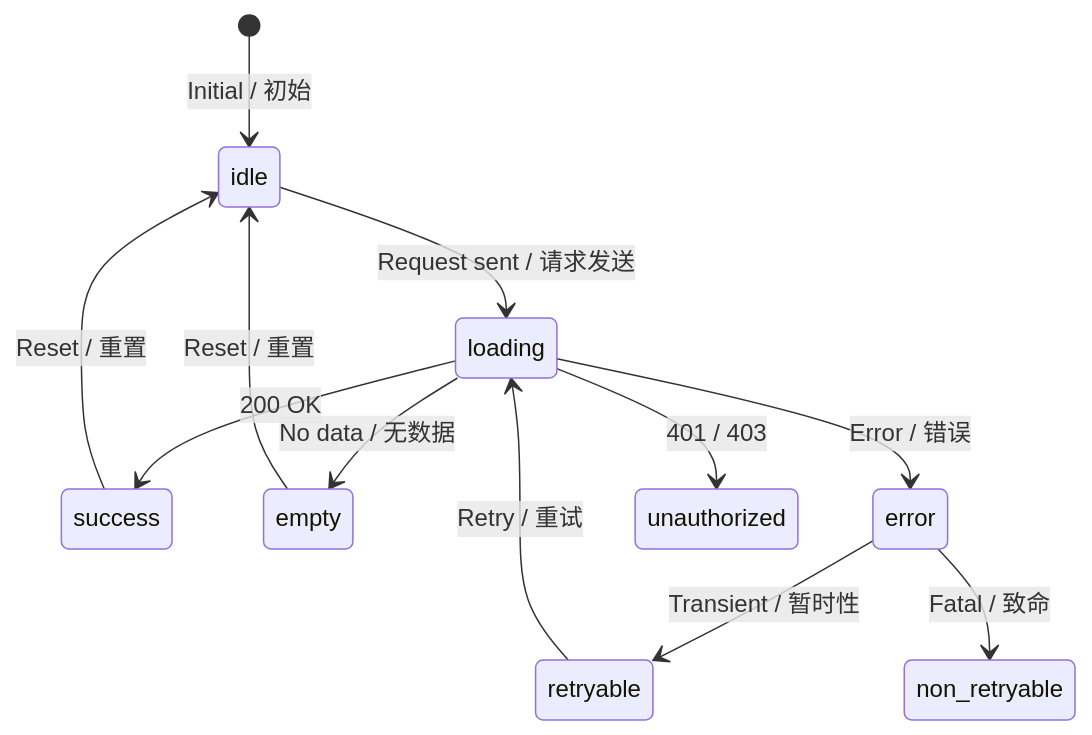
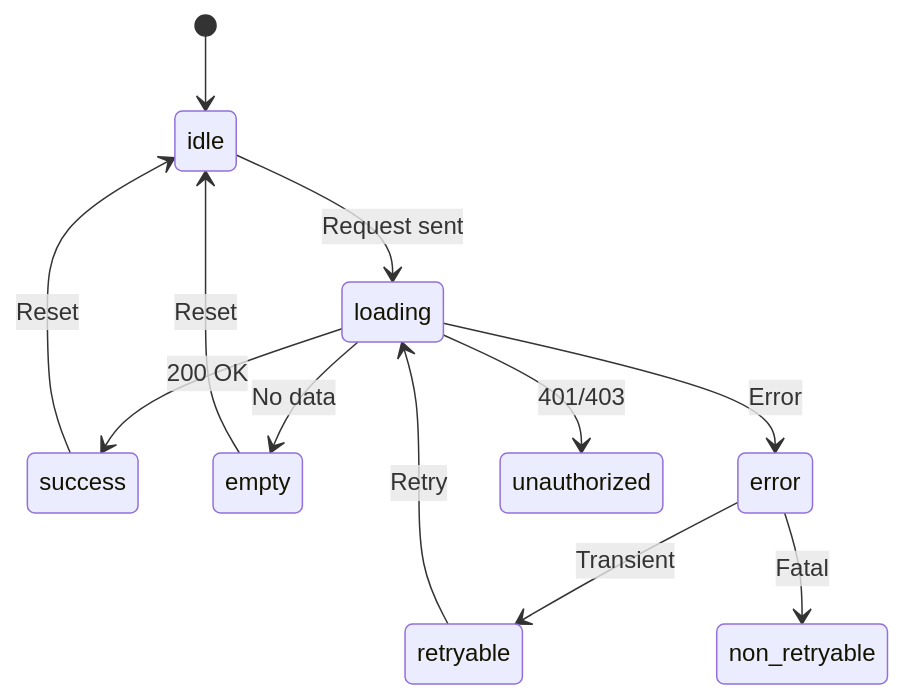
The sixth of 8 diagrams in README.md (d4551/tea), drawn with Mermaid before and after one commit. The commit also changed other lines of this file, not shown here.

````diff
--- a/README.md
+++ b/README.md
@@ -311,15 +241,14 @@
 ```mermaid
 stateDiagram-v2
-  [*] --> idle : Initial / 初始
-  idle --> loading : Request sent / 请求发送
+  [*] --> idle
+  idle --> loading : Request sent
   loading --> success : 200 OK
-  loading --> empty : No data / 无数据
-  loading --> error : Error / 错误
-  error --> retryable : Transient / 暂时性
-  error --> non_retryable : Fatal / 致命
-  loading --> unauthorized : 401 / 403
-
-  retryable --> loading : Retry / 重试
-  success --> idle : Reset / 重置
-  empty --> idle : Reset / 重置
+  loading --> empty : No data
+  loading --> error : Error
+  loading --> unauthorized : 401/403
+  error --> retryable : Transient
+  error --> non_retryable : Fatal
+  retryable --> loading : Retry
+  success --> idle : Reset
+  empty --> idle : Reset
 ```
````
